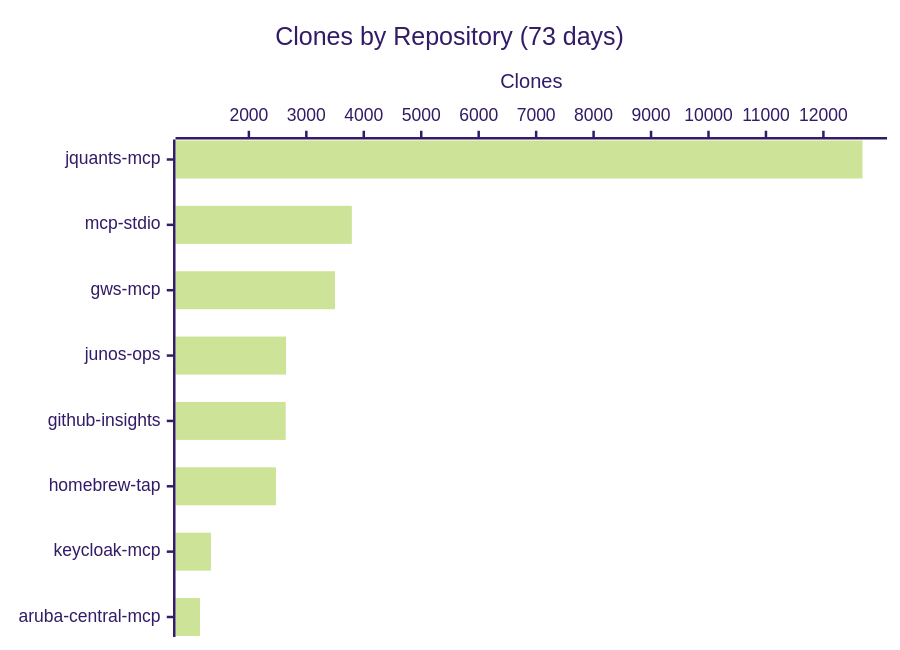
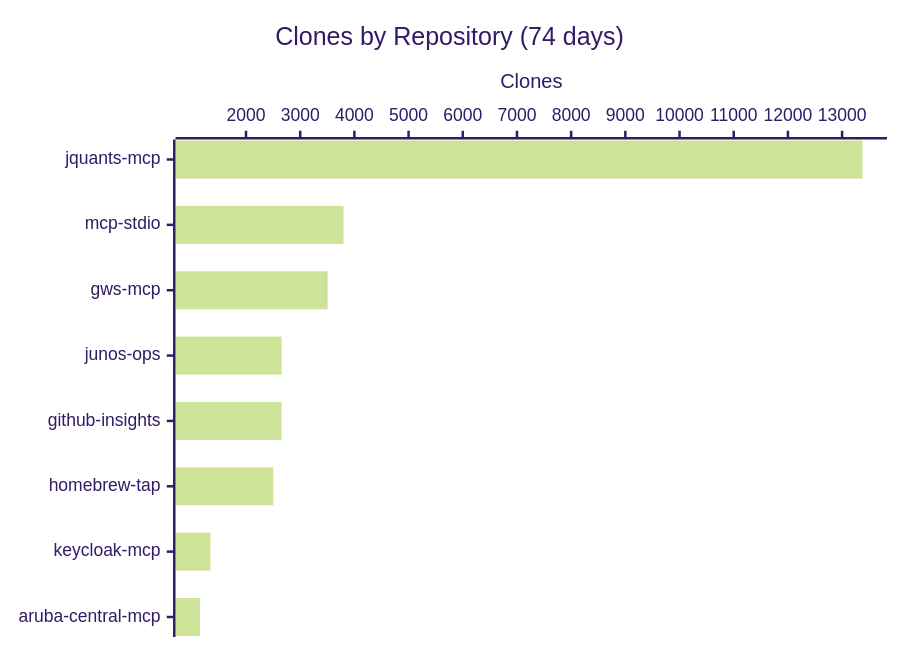
Before and after one commit to shigechika/github-insights: the third of 3 diagrams in README.md, drawn with Mermaid (forest theme). The commit also changed other lines of this file and 2 other files, not shown here.

````diff
--- a/README.md
+++ b/README.md
@@ -38,7 +38,7 @@
 ```mermaid
 xychart-beta horizontal
-    title "Clones by Repository (73 days)"
+    title "Clones by Repository (74 days)"
     x-axis ["jquants-mcp", "mcp-stdio", "gws-mcp", "junos-ops", "github-insights", "homebrew-tap", "keycloak-mcp", "aruba-central-mcp"]
     y-axis "Clones"
-    bar [12681, 3792, 3499, 2648, 2641, 2471, 1340, 1149]
+    bar [13377, 3800, 3507, 2658, 2657, 2503, 1344, 1151]
 ```
````
